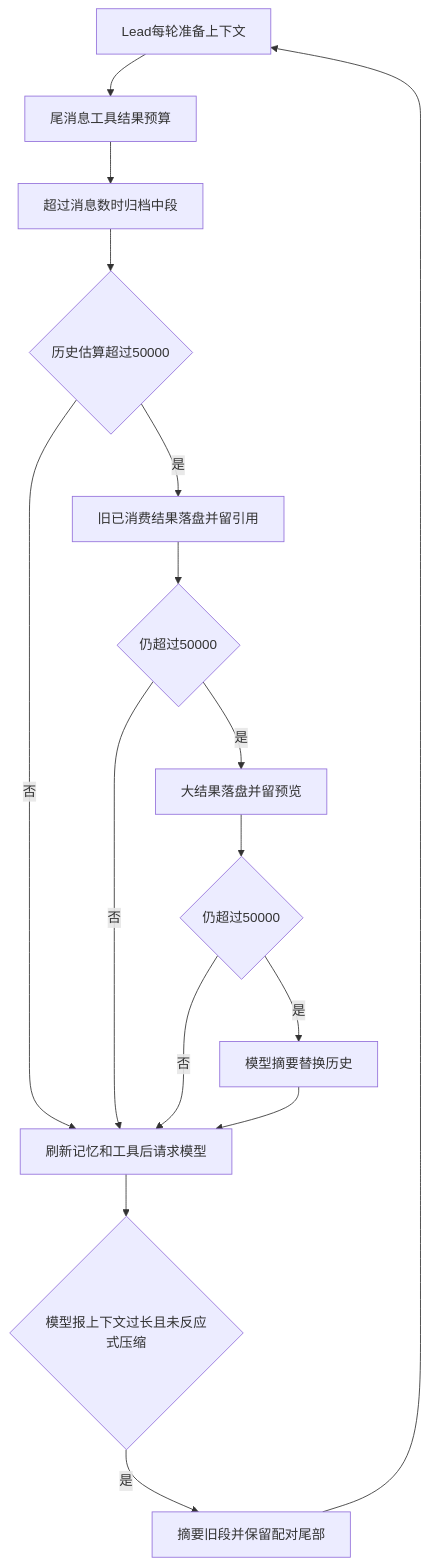
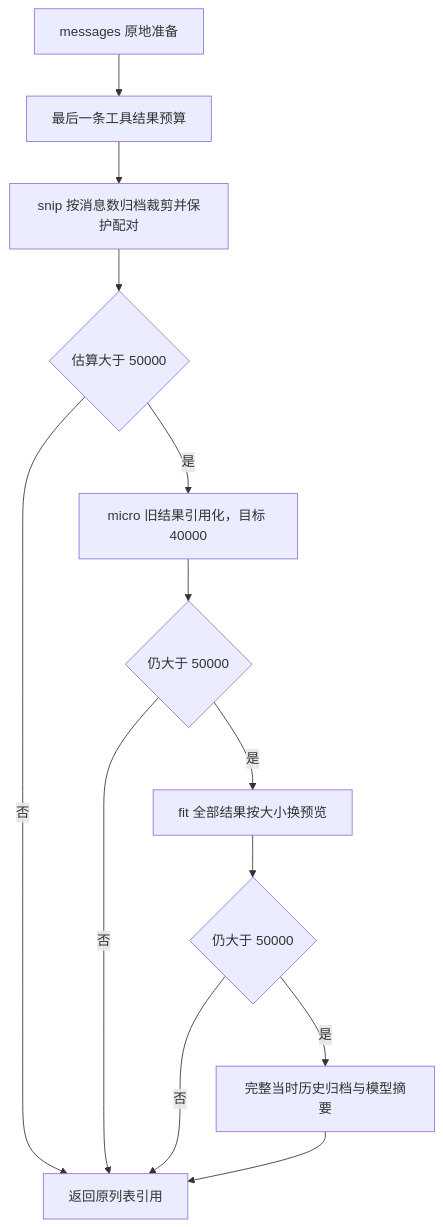
The second of 16 diagrams in .md/s15_integrated_harness.md (LiuXin19996/learn-claude-code), drawn with Mermaid before and after one commit. The commit also changed other lines of this file and 11 other files, not shown here.

````diff
--- a/.md/s15_integrated_harness.md
+++ b/.md/s15_integrated_harness.md
@@ -1332,18 +1404,15 @@
 ```mermaid
 flowchart TD
-    A[Lead每轮准备上下文] --> B[尾消息工具结果预算]
-    B --> C[超过消息数时归档中段]
-    C --> D{历史估算超过50000}
-    D -->|否| READY[刷新记忆和工具后请求模型]
-    D -->|是| E[旧已消费结果落盘并留引用]
-    E --> F{仍超过50000}
-    F -->|否| READY
-    F -->|是| G[大结果落盘并留预览]
-    G --> H{仍超过50000}
-    H -->|是| I[模型摘要替换历史]
-    H -->|否| READY
-    I --> READY
-    READY --> J{模型报上下文过长且未反应式压缩}
-    J -->|是| K[摘要旧段并保留配对尾部]
-    K --> A
+    A[messages 原地准备] --> B[最后一条工具结果预算]
+    B --> C[snip 按消息数归档裁剪并保护配对]
+    C --> D{估算大于 50000}
+    D -- 否 --> Z[返回原列表引用]
+    D -- 是 --> E[micro 旧结果引用化，目标 40000]
+    E --> F{仍大于 50000}
+    F -- 是 --> G[fit 全部结果按大小换预览]
+    F -- 否 --> Z
+    G --> H{仍大于 50000}
+    H -- 是 --> I[完整当时历史归档与模型摘要]
+    H -- 否 --> Z
+    I --> Z
 ```
````
